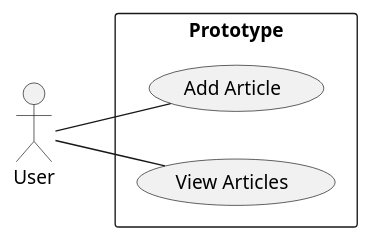
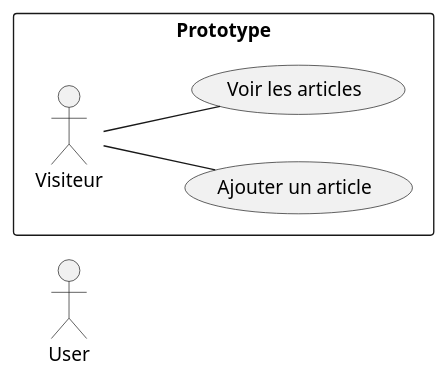
The diagram in Conception_générique_Prototype/Use_Case.puml (DevZakariaAz/Mastering-Eloquent-ORM), drawn with PlantUML before and after one commit.

Commit message:
Conception de Prototype

```diff
--- a/Conception_générique_Prototype/Use_Case.puml
+++ b/Conception_générique_Prototype/Use_Case.puml
@@ -1,10 +1,10 @@
 @startuml
 left to right direction
 actor User
 
 rectangle "Prototype" {
-    User -- (Add Article)
-    User -- (View Articles)
+    Visiteur -- (Ajouter un article)
+    Visiteur -- (Voir les articles)
 }
 
 @enduml
```
